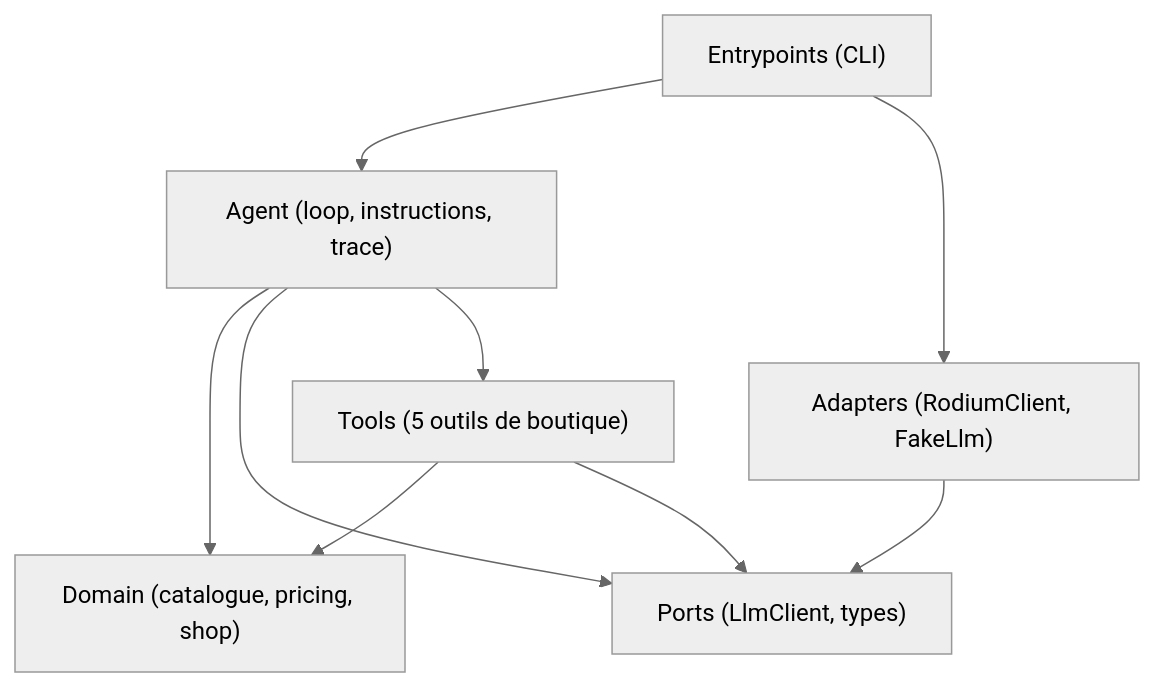
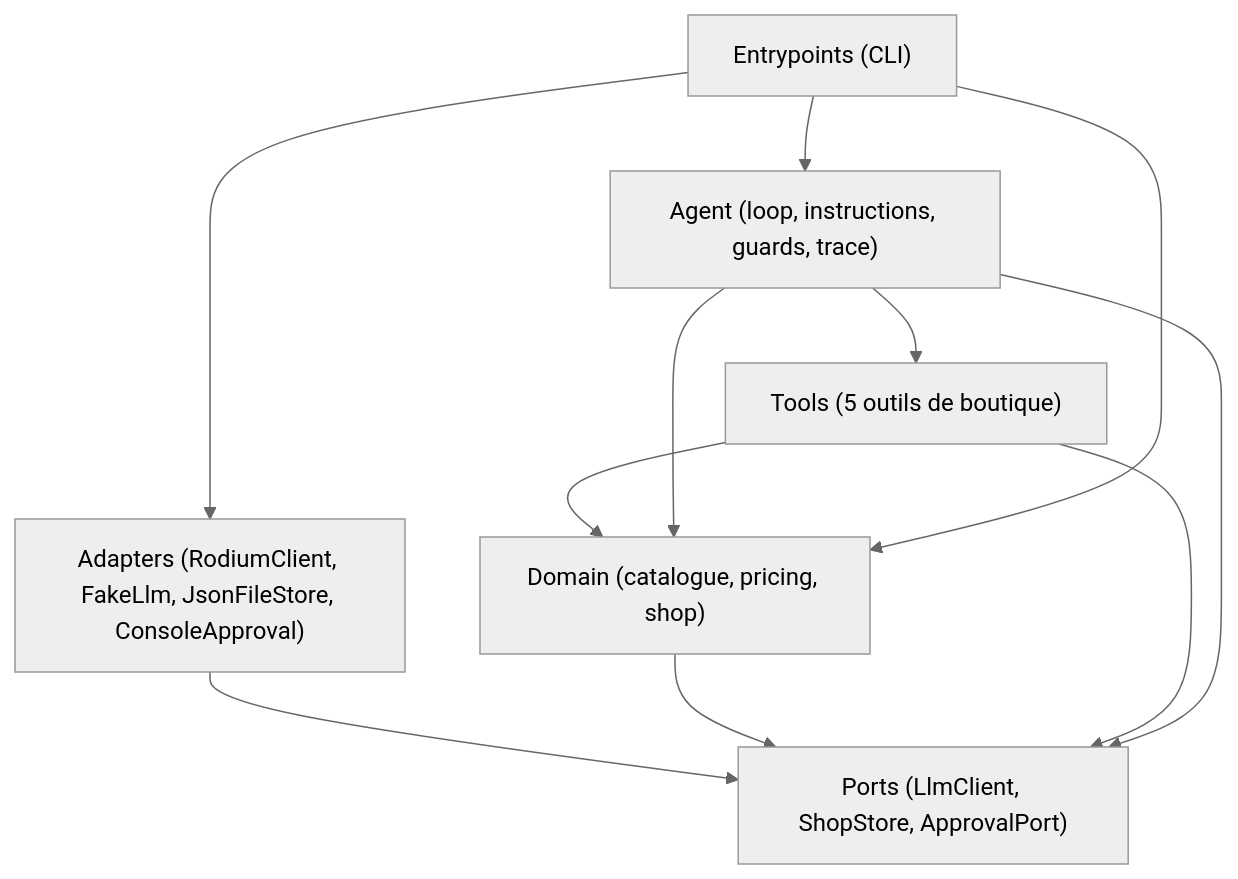
The diagram in README.md (Gafclerck/boutique-agent), drawn with Mermaid (neutral theme) before and after one commit. The commit also changed other lines of this file, not shown here.

````diff
--- a/README.md
+++ b/README.md
@@ -30,18 +31,20 @@
 ```mermaid
 graph TD
   Domain["Domain (catalogue, pricing, shop)"]
-  Ports["Ports (LlmClient, types)"]
-  Adapters["Adapters (RodiumClient, FakeLlm)"]
+  Ports["Ports (LlmClient, ShopStore, ApprovalPort)"]
+  Adapters["Adapters (RodiumClient, FakeLlm, JsonFileStore, ConsoleApproval)"]
   Tools["Tools (5 outils de boutique)"]
-  Agent["Agent (loop, instructions, trace)"]
+  Agent["Agent (loop, instructions, guards, trace)"]
   Entrypoints["Entrypoints (CLI)"]
 
   Adapters --> Ports
+  Domain --> Ports
   Tools --> Domain
   Tools --> Ports
   Agent --> Domain
   Agent --> Ports
   Agent --> Tools
   Entrypoints --> Agent
   Entrypoints --> Adapters
+  Entrypoints --> Domain
 ```
````
